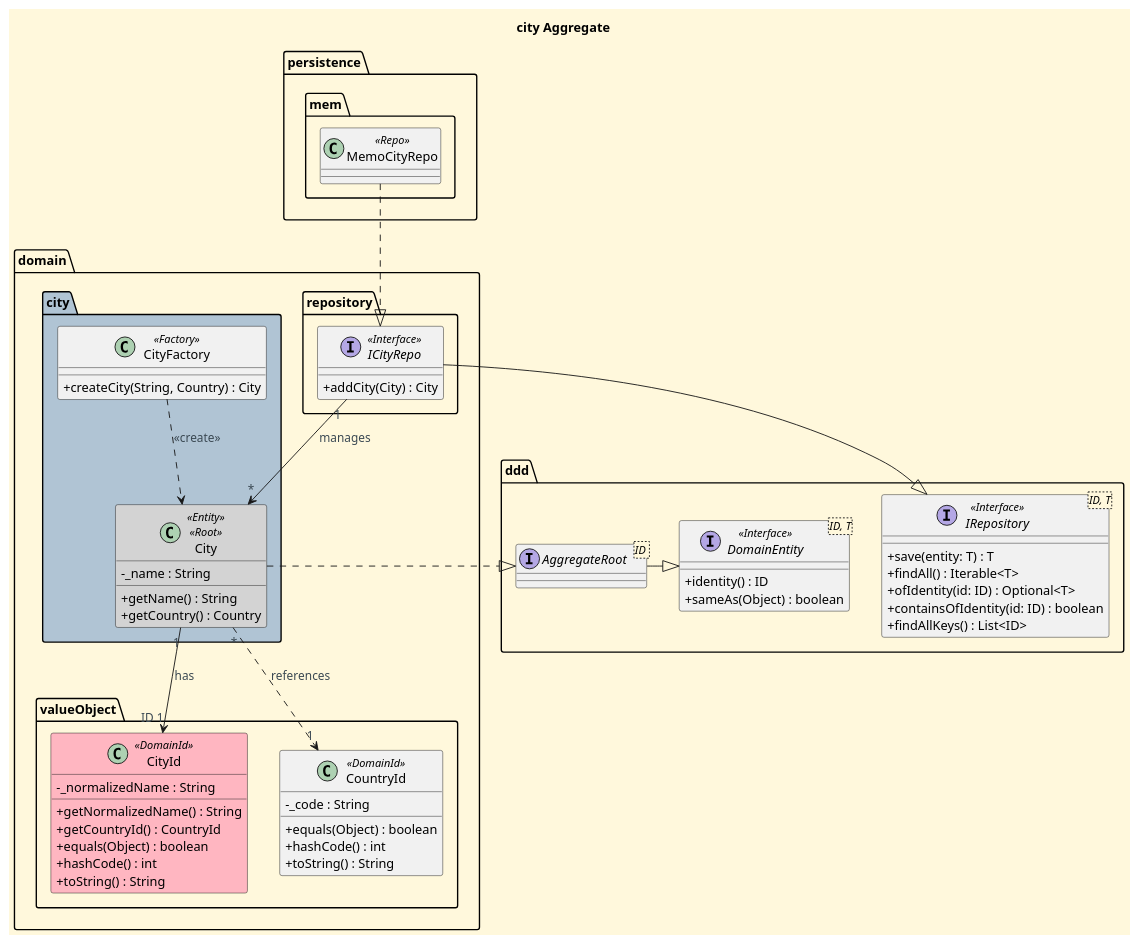
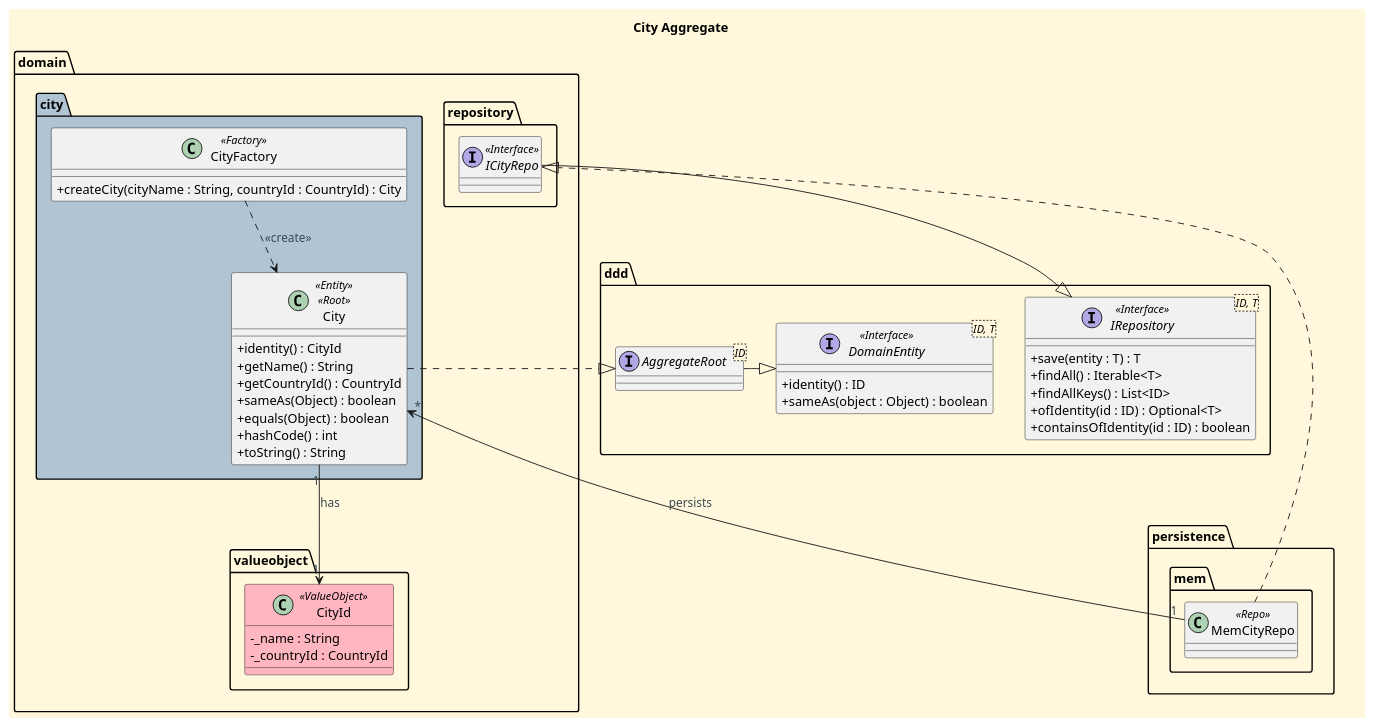
The diagram in docs/aggregates-diagrams/City_Aggregate.puml (CarolinaLeite-collab/JavaMarketplacePlatform), drawn with PlantUML before and after one commit.

Commit message:
Refactor: Update City Aggregate diagram, Refs: #612

```diff
--- a/docs/aggregates-diagrams/City_Aggregate.puml
+++ b/docs/aggregates-diagrams/City_Aggregate.puml
@@ -1,106 +1,83 @@
 @startuml
 
-'==== Title ====
-title city Aggregate
-top to bottom direction
+title City Aggregate
 
-'==== basic style ====
 skinparam monochrome false
 skinparam shadowing false
 skinparam defaultFontName Futura
 skinparam objectFontSize 20
 skinparam backgroundColor CornSilk
 skinparam objectBackgroundColor WhiteSmoke
 skinparam noteBackgroundColor #FFFFE0
 skinparam ArrowFontColor #3B4953
 skinparam ActivationBackgroundColor black
 skinparam classAttributeIconSize 0
 
-' ===== Persistence =====
-Package "persistence" {
-    package "mem"  {
+top to bottom direction
 
-    class MemoCityRepo <<Repo>> {
-}
+Package "domain" {
+
+    Package "city" <<Folder>> #b0c4d4 {
+        class City <<Entity>> <<Root>> {
+
+            +identity() : CityId
+            +getName() : String
+            +getCountryId() : CountryId
+            +sameAs(Object) : boolean
+            +equals(Object) : boolean
+            +hashCode() : int
+            +toString() : String
+        }
+
+        class CityFactory <<Factory>> {
+            +createCity(cityName : String, countryId : CountryId) : City
+        }
+    }
+
+    Package "valueobject" <<Folder>> {
+        class CityId <<ValueObject>> #LightPink {
+            -_name : String
+            -_countryId : CountryId
+        }
+    }
+
+    Package "repository" <<Folder>> {
+        interface ICityRepo <<Interface>> {
+        }
     }
 }
 
-' ===== Domain =====
-Package "domain" {
+Package "ddd" {
+    interface IRepository<ID, T> <<Interface>> {
+        +save(entity : T) : T
+        +findAll() : Iterable<T>
+        +findAllKeys() : List<ID>
+        +ofIdentity(id : ID) : Optional<T>
+        +containsOfIdentity(id : ID) : boolean
+    }
+    interface AggregateRoot<ID> {}
+    interface DomainEntity<ID, T> <<Interface>> {
+        +identity() : ID
+        +sameAs(object : Object) : boolean
+    }
+}
 
-    Package "city" <<Folder>> #b0c4d4  {
-
-        class City <<Entity>> <<Root>> #lightgrey {
-            - _name : String
-            + getName() : String
-            + getCountry() : Country
-        }
-
-        class CityFactory <<Factory>> {
-            + createCity(String, Country) : City
-        }
-
-    }
-
-    Package "valueObject" {
-
-        class CityId <<DomainId>> #LightPink {
-            - _normalizedName : String
-            + getNormalizedName() : String
-            + getCountryId() : CountryId
-            + equals(Object) : boolean
-            + hashCode() : int
-            + toString() : String
-        }
-
-        class CountryId <<DomainId>>  {
-            - _code : String
-            + equals(Object) : boolean
-            + hashCode() : int
-            + toString() : String
-        }
-
-    }
-
-    Package "repository" <<Folder>> {
-        interface ICityRepo <<Interface>>  {
-            + addCity(City) : City
+Package "persistence" {
+    package "mem" {
+        class MemCityRepo <<Repo>> {
         }
     }
-    }
-
-Package "ddd" {
-    interface IRepository<ID, T> <<Interface>> {
-        +save(entity: T) : T
-        +findAll() : Iterable<T>
-        +ofIdentity(id: ID) : Optional<T>
-        +containsOfIdentity(id: ID) : boolean
-        +findAllKeys() : List<ID>
-    }
-
-    interface AggregateRoot <ID >{
-    }
-    interface DomainEntity<ID, T> <<Interface>> {
-        +identity() : ID
-        +sameAs(Object) : boolean
-    }
-
-
 }
 
+City "1" --> "1" CityId : has
 
-' ===== Relations =====
-City "1" --> "ID 1" CityId : has
-
-City "*" ..> "1" CountryId : references
-
-ICityRepo "1" --> "*" City : manages
-MemoCityRepo ..|> ICityRepo
 ICityRepo -|> IRepository
+MemCityRepo .|> ICityRepo
+City "*" <-- "1" MemCityRepo : persists
 
 CityFactory ..> City : <<create>>
 
 AggregateRoot -|> DomainEntity
 City .|> AggregateRoot
 
 @enduml
```
